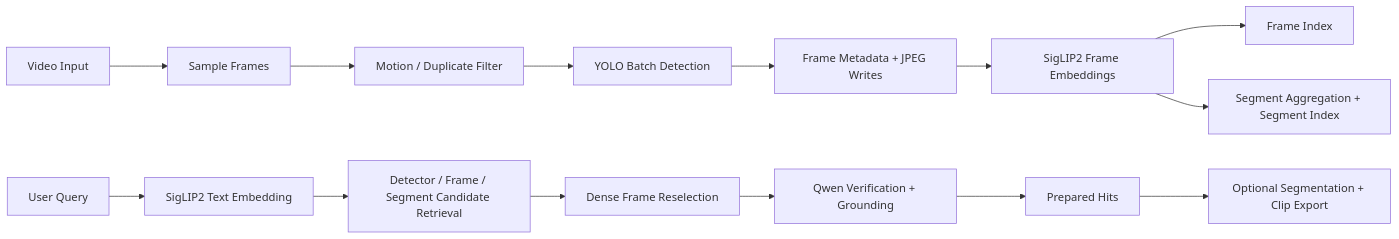
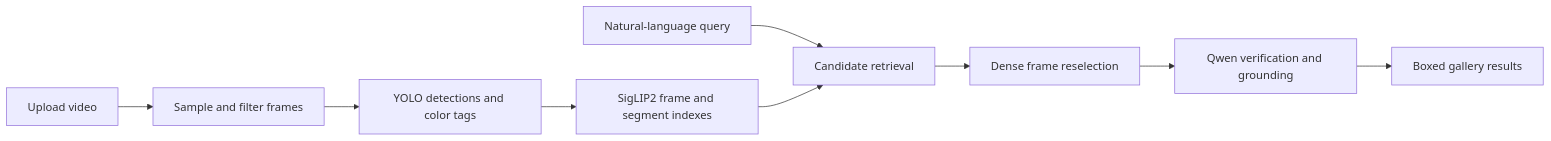
The diagram in README.md (priyansupattanaik/vg-testing), drawn with Mermaid before and after one commit. The commit also changed other lines of this file and 12 other files, not shown here.

````diff
--- a/README.md
+++ b/README.md
@@ -54,16 +7,11 @@
 ```mermaid
 flowchart LR
-    A["Video Input"] --> B["Sample Frames"]
-    B --> C["Motion / Duplicate Filter"]
-    C --> D["YOLO Batch Detection"]
-    D --> E["Frame Metadata + JPEG Writes"]
-    E --> F["SigLIP2 Frame Embeddings"]
-    F --> G["Frame Index"]
-    F --> H["Segment Aggregation + Segment Index"]
-    I["User Query"] --> J["SigLIP2 Text Embedding"]
-    J --> K["Detector / Frame / Segment Candidate Retrieval"]
-    K --> L["Dense Frame Reselection"]
-    L --> M["Qwen Verification + Grounding"]
-    M --> N["Prepared Hits"]
-    N --> O["Optional Segmentation + Clip Export"]
+    A["Upload video"] --> B["Sample and filter frames"]
+    B --> C["YOLO detections and color tags"]
+    C --> D["SigLIP2 frame and segment indexes"]
+    E["Natural-language query"] --> F["Candidate retrieval"]
+    D --> F
+    F --> G["Dense frame reselection"]
+    G --> H["Qwen verification and grounding"]
+    H --> I["Boxed gallery results"]
 ```
````
